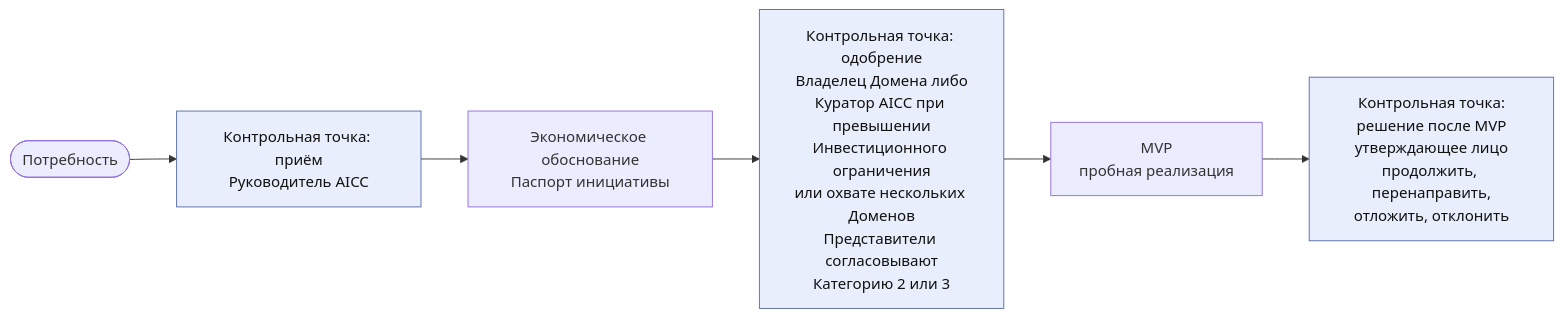
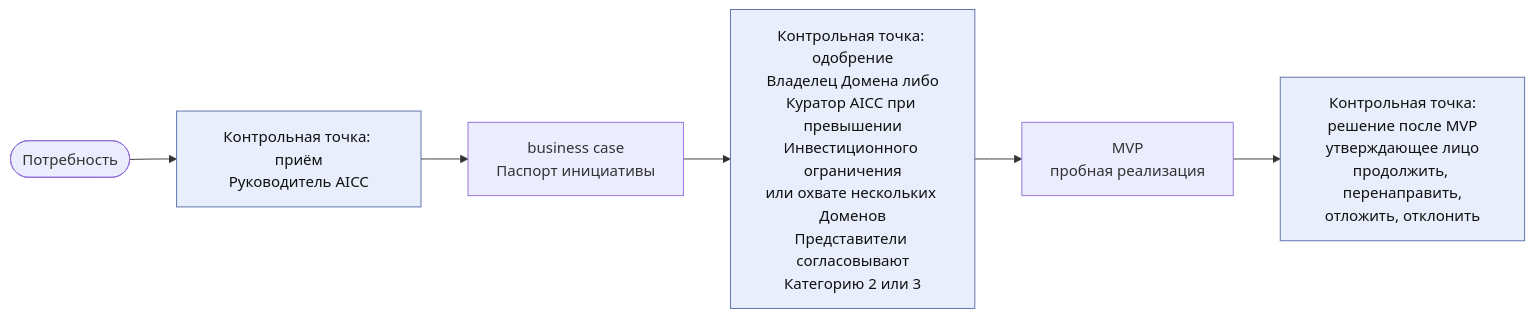
The second of 5 diagrams in charter/ru/guides/service-delivery-guide.md (devhogu/ob-aicc), drawn with Mermaid before and after one commit. The commit also changed other lines of this file and 768 other files, not shown here.

````diff
--- a/charter/ru/guides/service-delivery-guide.md
+++ b/charter/ru/guides/service-delivery-guide.md
@@ -48,10 +48,10 @@
 ```mermaid
 flowchart LR
   N(["Потребность"]) --> G1["Контрольная точка: приём<br/>Руководитель AICC"]
-  G1 --> BC["Экономическое обоснование<br/>Паспорт инициативы"]
+  G1 --> BC["business case<br/>Паспорт инициативы"]
   BC --> G2["Контрольная точка: одобрение<br/>Владелец Домена либо<br/>Куратор AICC при превышении<br/>Инвестиционного ограничения<br/>или охвате нескольких Доменов<br/>Представители согласовывают<br/>Категорию 2 или 3"]
   G2 --> MV["MVP<br/>пробная реализация"]
   MV --> G3["Контрольная точка:<br/>решение после MVP<br/>утверждающее лицо<br/>продолжить, перенаправить,<br/>отложить, отклонить"]
   classDef gate fill:#e8eefc,stroke:#5a6fa8,color:#111
   class G1,G2,G3 gate
 ```
````
